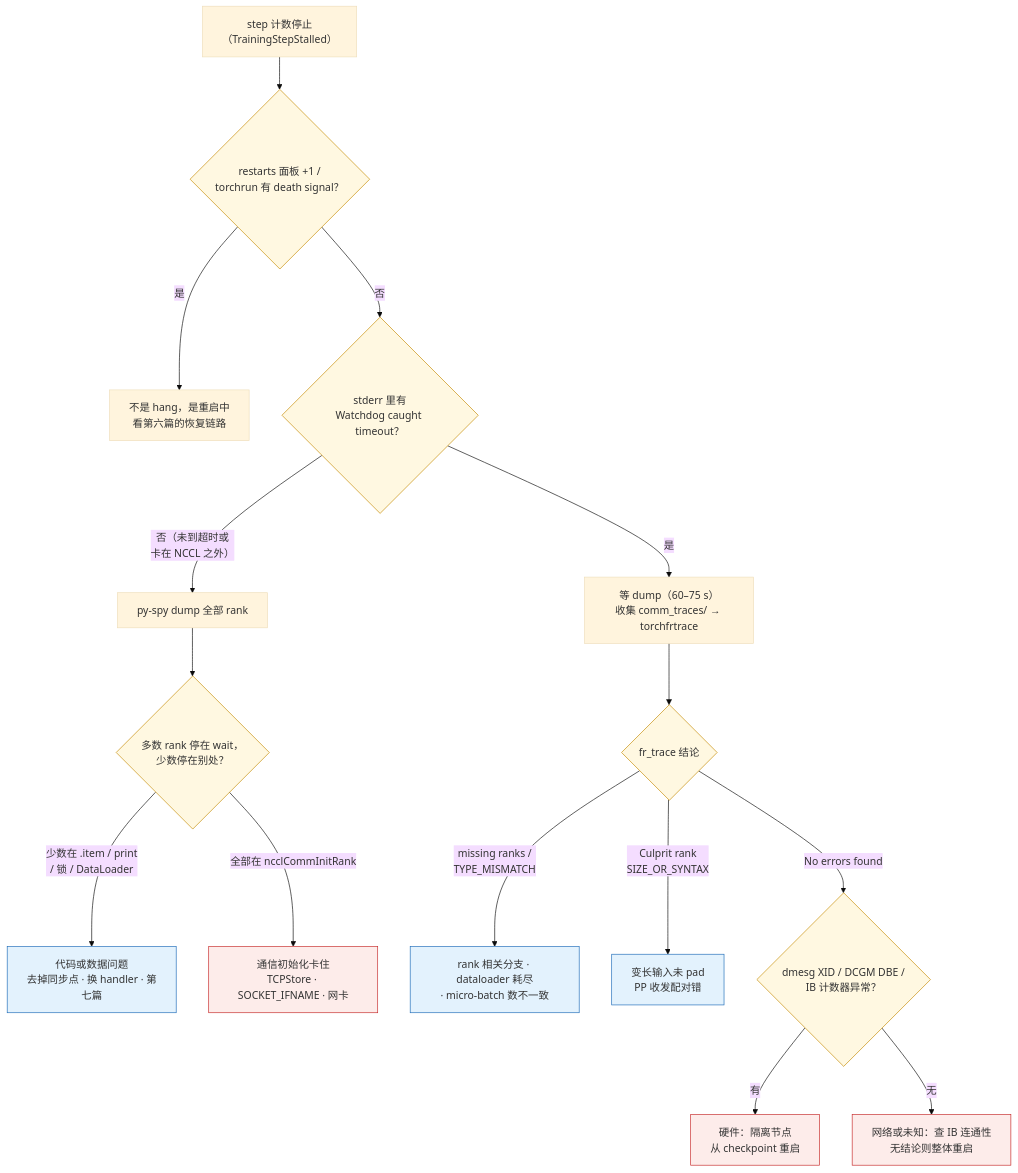
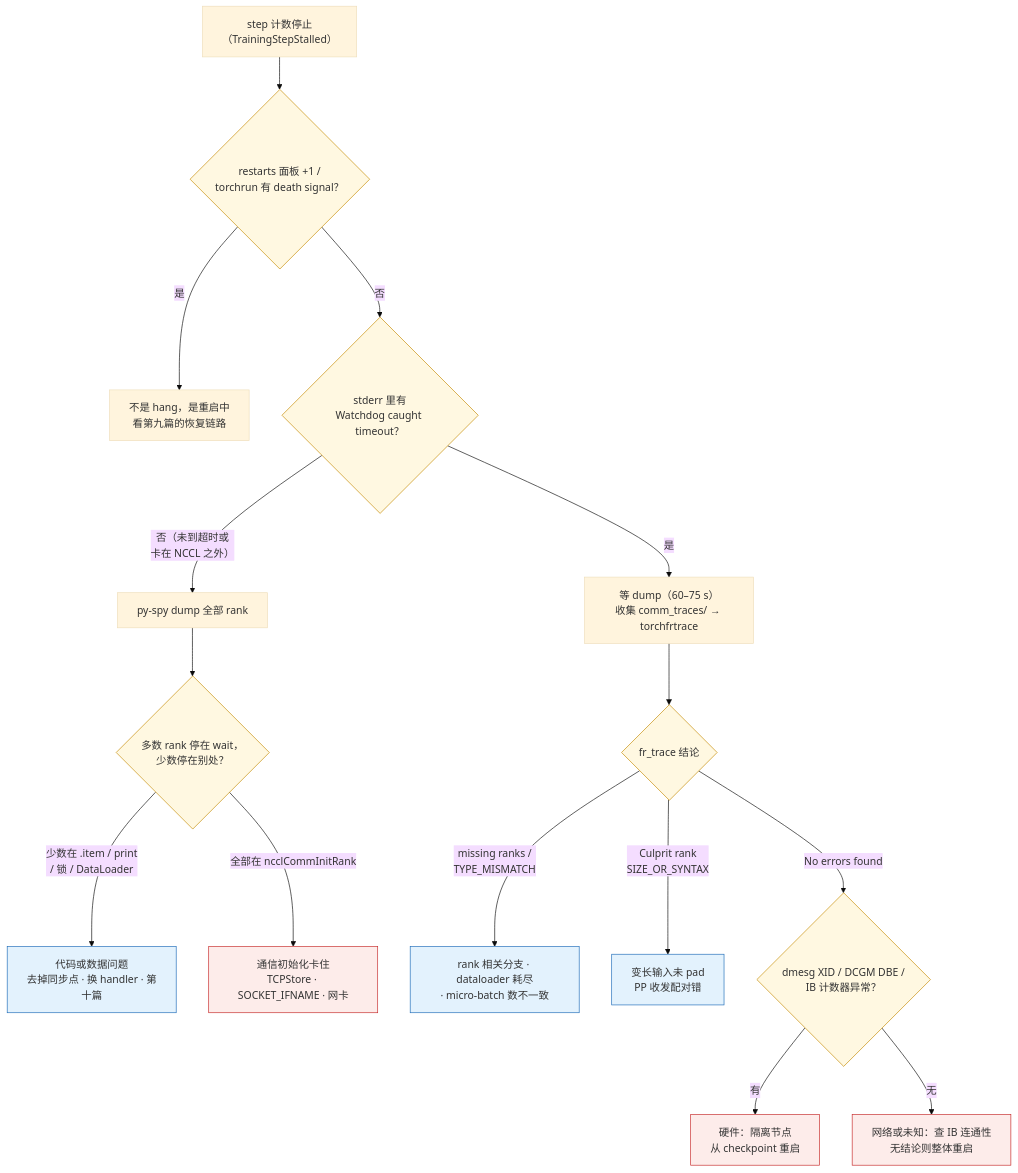
Before and after one commit to arganzheng/arganzheng.github.com: the third of 5 diagrams in _posts/2026-07-29-long-running-training-observability-and-operations.md, drawn with Mermaid (base theme). The commit also changed other lines of this file and 14 other files, not shown here.

````diff
--- a/_posts/2026-07-29-long-running-training-observability-and-operations.md
+++ b/_posts/2026-07-29-long-running-training-observability-and-operations.md
@@ -533,24 +533,24 @@
 ```mermaid
 %% 图：从 step 停止到归因的决策树：先排除重启中，再看有没有 Watchdog 超时，无则 py-spy，有则等 FR dump
 flowchart TB
   S["step 计数停止<br/>（TrainingStepStalled）"] --> Q1{"restarts 面板 +1 /<br/>torchrun 有 death signal？"}
-  Q1 -->|"是"| R["不是 hang，是重启中<br/>看第六篇的恢复链路"]
+  Q1 -->|"是"| R["不是 hang，是重启中<br/>看第九篇的恢复链路"]
   Q1 -->|"否"| Q2{"stderr 里有<br/>Watchdog caught timeout？"}
   Q2 -->|"否（未到超时或<br/>卡在 NCCL 之外）"| PS["py-spy dump 全部 rank"]
   PS --> Q3{"多数 rank 停在 wait，<br/>少数停在别处？"}
-  Q3 -->|"少数在 .item / print<br/>/ 锁 / DataLoader"| C1["代码或数据问题<br/>去掉同步点 · 换 handler · 第七篇"]
+  Q3 -->|"少数在 .item / print<br/>/ 锁 / DataLoader"| C1["代码或数据问题<br/>去掉同步点 · 换 handler · 第十篇"]
   Q3 -->|"全部在 ncclCommInitRank"| C2["通信初始化卡住<br/>TCPStore · SOCKET_IFNAME · 网卡"]
   Q2 -->|"是"| FR["等 dump（60–75 s）<br/>收集 comm_traces/ → torchfrtrace"]
   FR --> Q4{"fr_trace 结论"}
   Q4 -->|"missing ranks /<br/>TYPE_MISMATCH"| C3["rank 相关分支 · dataloader 耗尽<br/>· micro-batch 数不一致"]
   Q4 -->|"Culprit rank<br/>SIZE_OR_SYNTAX"| C4["变长输入未 pad<br/>PP 收发配对错"]
   Q4 -->|"No errors found"| HW{"dmesg XID / DCGM DBE /<br/>IB 计数器异常？"}
   HW -->|"有"| C5["硬件：隔离节点<br/>从 checkpoint 重启"]
   HW -->|"无"| C6["网络或未知：查 IB 连通性<br/>无结论则整体重启"]
   classDef q fill:#fff8e1,stroke:#c58a00;
   classDef code fill:#e3f2fd,stroke:#1e6bb8;
   classDef env fill:#fdecea,stroke:#c62828;
   class Q1,Q2,Q3,Q4,HW q;
   class C1,C3,C4 code;
   class C2,C5,C6 env;
 ```
````
